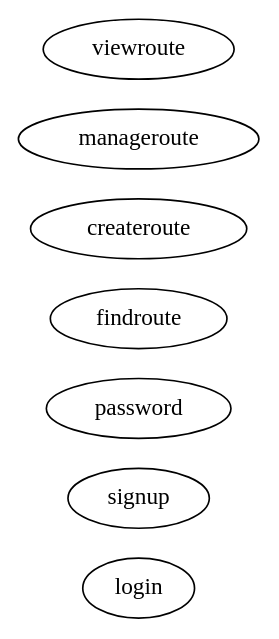
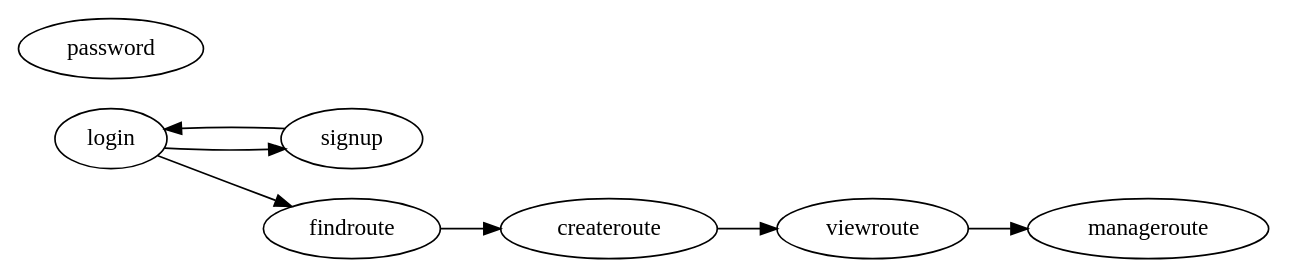
The diagram in design/mobile.dot (rideshareatx/atxhack4change), drawn with Graphviz before and after one commit.

Commit message:
basic connections

```diff
--- a/design/mobile.dot
+++ b/design/mobile.dot
@@ -1,20 +1,20 @@
 digraph g {
 
   graph [compound = true];
 
   //presentation
   splines = true;
   overlap = false;
   rankdir = LR;
 
-  login
-  signup
+  login -> signup
+  signup -> login -> findroute
   password
 
-  findroute
-  createroute
+  findroute -> createroute
+  createroute -> viewroute
   manageroute
 
-  viewroute
+  viewroute -> manageroute
   
 }
```
